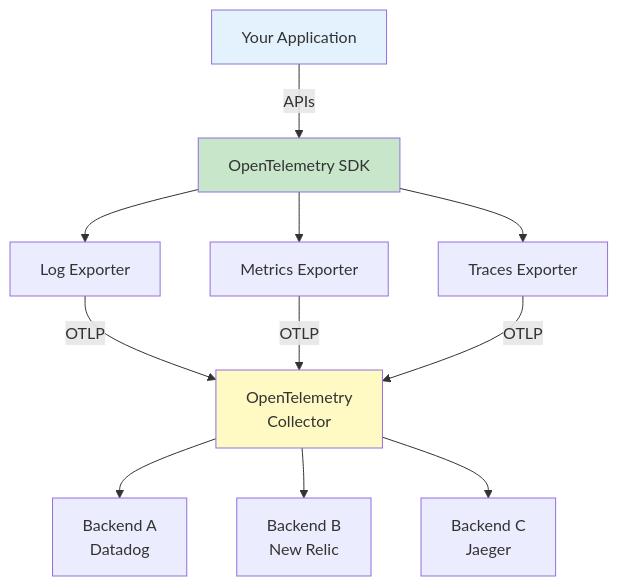
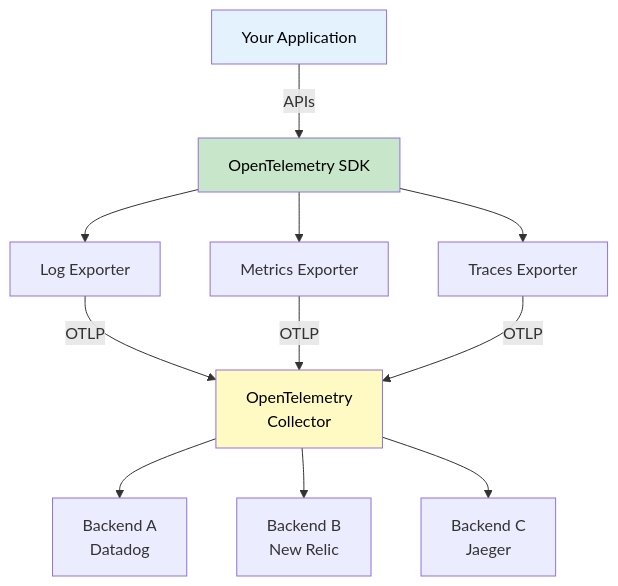
The seventh of 12 diagrams in 13.Logging, Monitoring and Observability/README.md (ahmed-226/Backend-from-first-principles), drawn with Mermaid before and after one commit. The commit also changed other lines of this file, not shown here.

````diff
--- a/13.Logging, Monitoring and Observability/README.md
+++ b/13.Logging, Monitoring and Observability/README.md
@@ -469,22 +469,22 @@
 ```mermaid
 graph TB
     App["Your Application"]
 
     App -->|APIs| OTEL["OpenTelemetry SDK"]
 
     OTEL --> Logs["Log Exporter"]
     OTEL --> Metrics["Metrics Exporter"]
     OTEL --> Traces["Traces Exporter"]
 
     Logs -->|OTLP| Collector["OpenTelemetry<br/>Collector"]
     Metrics -->|OTLP| Collector
     Traces -->|OTLP| Collector
 
     Collector --> Backend1["Backend A<br/>Datadog"]
     Collector --> Backend2["Backend B<br/>New Relic"]
     Collector --> Backend3["Backend C<br/>Jaeger"]
 
-    style App fill:#e3f2fd
-    style OTEL fill:#c8e6c9
-    style Collector fill:#fff9c4
+    style App fill:#e3f2fd,color:#000
+    style OTEL fill:#c8e6c9,color:#000
+    style Collector fill:#fff9c4,color:#000
 ```
````
